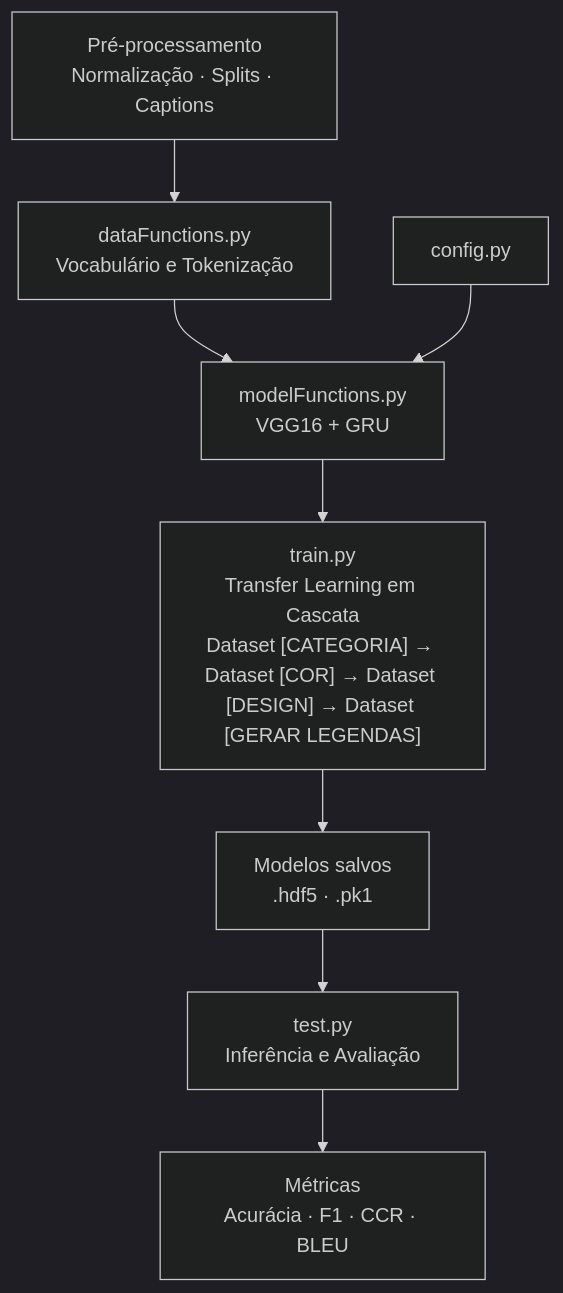
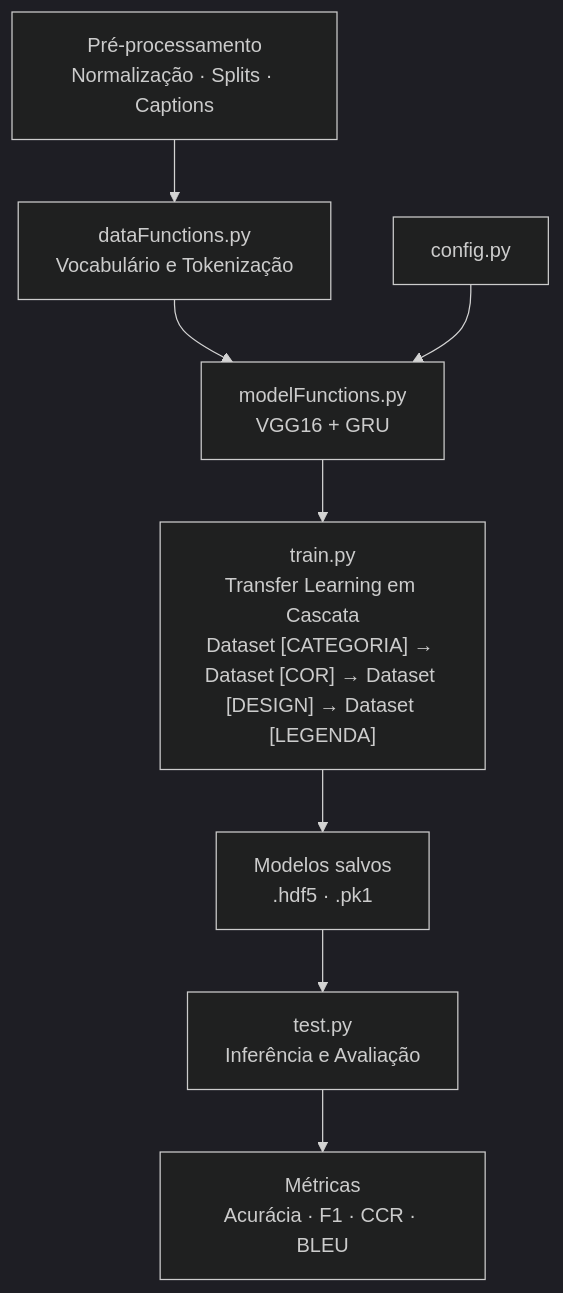
One commit to terceirolho/projeto-joias changed the diagram in README.md. Above: the diagram before and after it, drawn with Mermaid (dark theme). The commit also changed other lines of this file, not shown here.

`````diff
--- a/README.md
+++ b/README.md
@@ -32,10 +32,10 @@
 ````mermaid
 flowchart TD
     A["Pré-processamento\nNormalização · Splits · Captions"] --> B["dataFunctions.py\nVocabulário e Tokenização"]
     B --> D["modelFunctions.py\nVGG16 + GRU"]
     C["config.py"] --> D
-    D --> E["train.py\nTransfer Learning em Cascata\nDataset [CATEGORIA] → Dataset [COR] → Dataset [DESIGN] → Dataset [GERAR LEGENDAS]"]
+    D --> E["train.py\nTransfer Learning em Cascata\nDataset [CATEGORIA] → Dataset [COR] → Dataset [DESIGN] → Dataset [LEGENDA]"]
     E --> F["Modelos salvos\n.hdf5 · .pk1"]
     F --> G["test.py\nInferência e Avaliação"]
     G --> H["Métricas\nAcurácia · F1 · CCR · BLEU"]
 ````
`````
